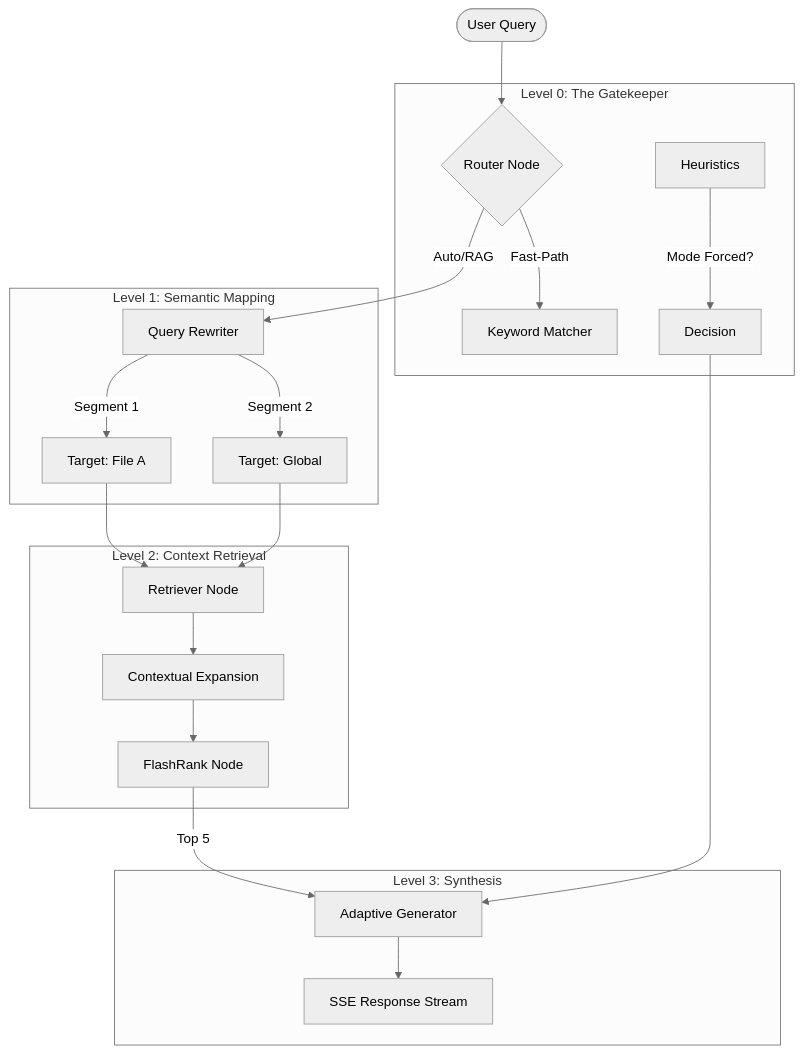
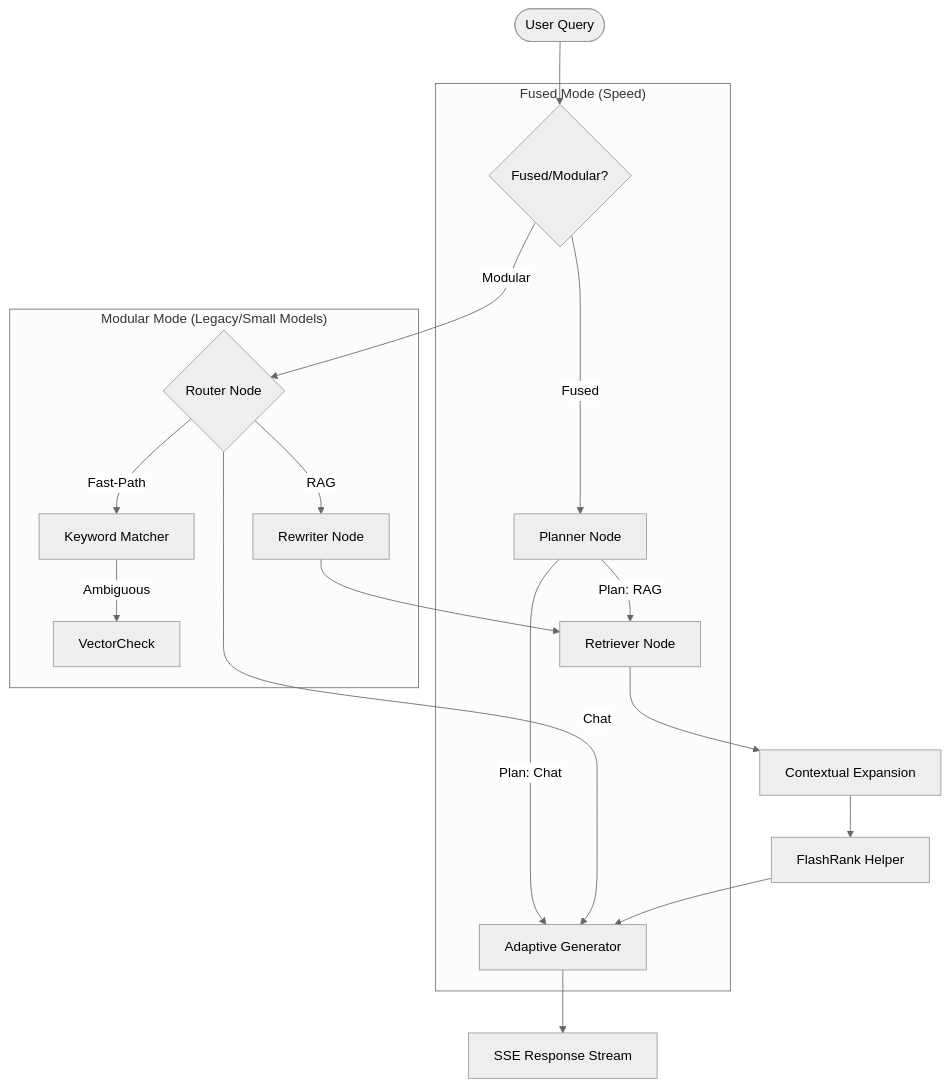
The second of 5 diagrams in Architecture_Guide.md (NayanEupho/RAG_Chat_IPRv1.5), drawn with Mermaid (neutral theme) before and after one commit. The commit also changed other lines of this file and 12 other files, not shown here.

````diff
--- a/Architecture_Guide.md
+++ b/Architecture_Guide.md
@@ -116,27 +116,25 @@
 ```mermaid
 graph TD
-    User([User Query]) --> Router{Router Node}
+    User([User Query]) --> Config{Fused/Modular?}
     
-    subgraph "Level 0: The Gatekeeper"
+    subgraph "Fused Mode (Speed)"
+        Config --> |Fused| Planner[Planner Node]
+        Planner --> |Plan: RAG| Retriever[Retriever Node]
+        Planner --> |Plan: Chat| Generator
+    end
+    
+    subgraph "Modular Mode (Legacy/Small Models)"
+        Config --> |Modular| Router{Router Node}
         Router --> |Fast-Path| Heuristic[Keyword Matcher]
-        Heuristics -- "Mode Forced?" --> Decision
+        Heuristic --> |Ambiguous| VectorCheck
+        
+        Router --> |RAG| Rewriter[Rewriter Node]
+        Rewriter --> Retriever
+        Router --> |Chat| Generator
     end
 
-    subgraph "Level 1: Semantic Mapping"
-        Router -- "Auto/RAG" --> Rewriter[Query Rewriter]
-        Rewriter --> |Segment 1| Query1[Target: File A]
-        Rewriter --> |Segment 2| Query2[Target: Global]
-    end
-
-    subgraph "Level 2: Context Retrieval"
-        Query1 & Query2 --> Retriever[Retriever Node]
-        Retriever --> Window[Contextual Expansion]
-        Window --> Rerank[FlashRank Node]
-    end
-
-    subgraph "Level 3: Synthesis"
-        Rerank --> |Top 5| Generator[Adaptive Generator]
-        Decision --> Generator
-        Generator --> SSE[SSE Response Stream]
-    end
+    Retriever --> Window[Contextual Expansion]
+    Window --> Rerank[FlashRank Helper]
+    Rerank --> Generator[Adaptive Generator]
+    Generator --> SSE[SSE Response Stream]
 ```
````
